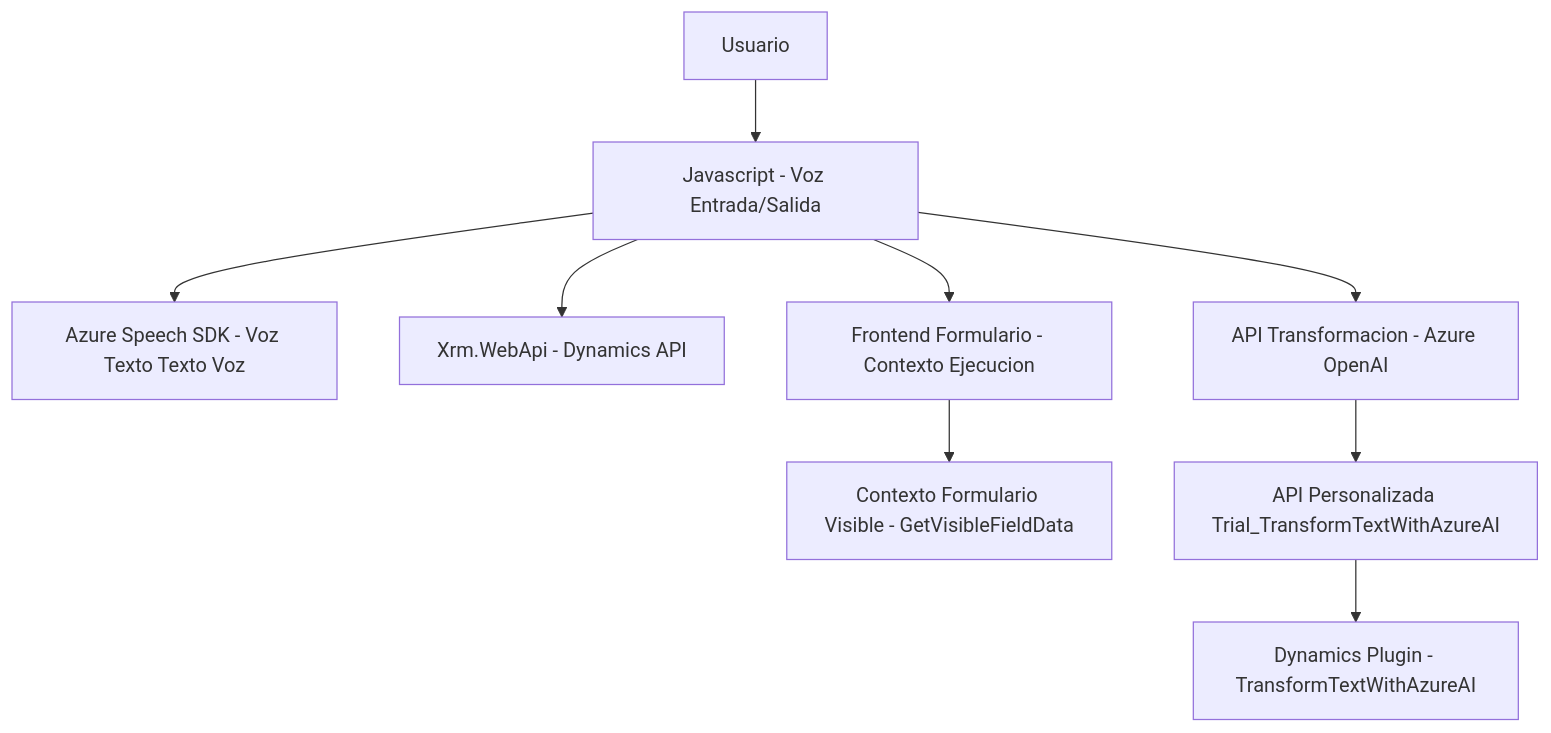
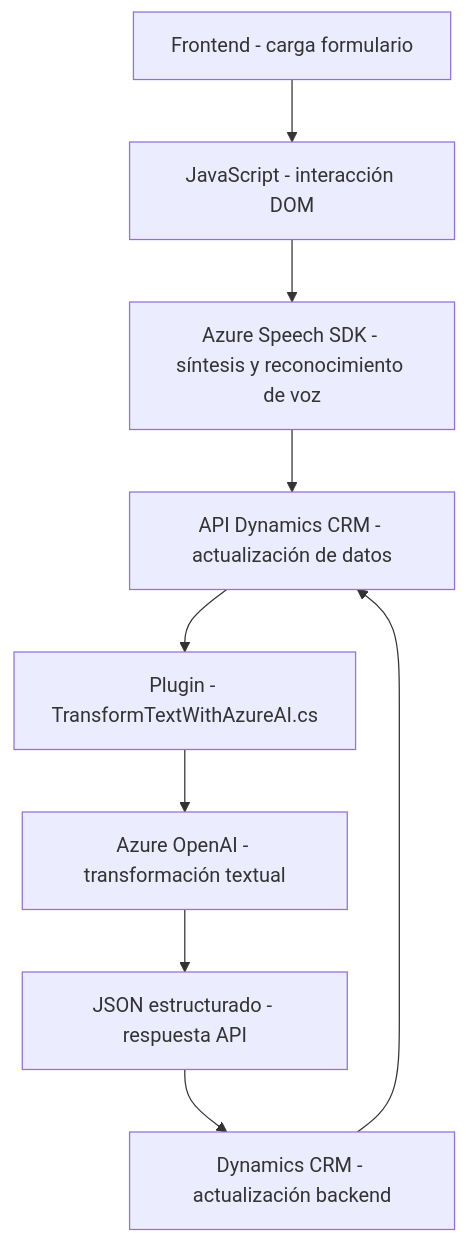
Before and after one commit to blopezdm/NETCORE_BILBAO2025: the diagram in README.md, drawn with Mermaid. The commit also changed other lines of this file, not shown here.

````diff
--- a/README.md
+++ b/README.md
@@ -39,11 +38,11 @@
 ```mermaid
 graph TD
-    A["Usuario"] --> B["Javascript - Voz Entrada/Salida"]
-    B --> C["Azure Speech SDK - Voz Texto Texto Voz"]
-    B --> D["Xrm.WebApi - Dynamics API"]
-    B --> E["Frontend Formulario - Contexto Ejecucion"]
-    E --> F["Contexto Formulario Visible - GetVisibleFieldData"]
-    B --> G["API Transformacion - Azure OpenAI"]
-    G --> H["API Personalizada Trial_TransformTextWithAzureAI"]
-    H --> I["Dynamics Plugin - TransformTextWithAzureAI"]
+    A["Frontend - carga formulario"] --> B["JavaScript - interacción DOM"]
+    B --> C["Azure Speech SDK - síntesis y reconocimiento de voz"]
+    C --> D["API Dynamics CRM - actualización de datos"]
+    D --> E["Plugin - TransformTextWithAzureAI.cs"]
+    E --> F["Azure OpenAI - transformación textual"]
+    F --> G["JSON estructurado - respuesta API"]
+    G --> H["Dynamics CRM - actualización backend"]
+    H --> D
 ```
````
